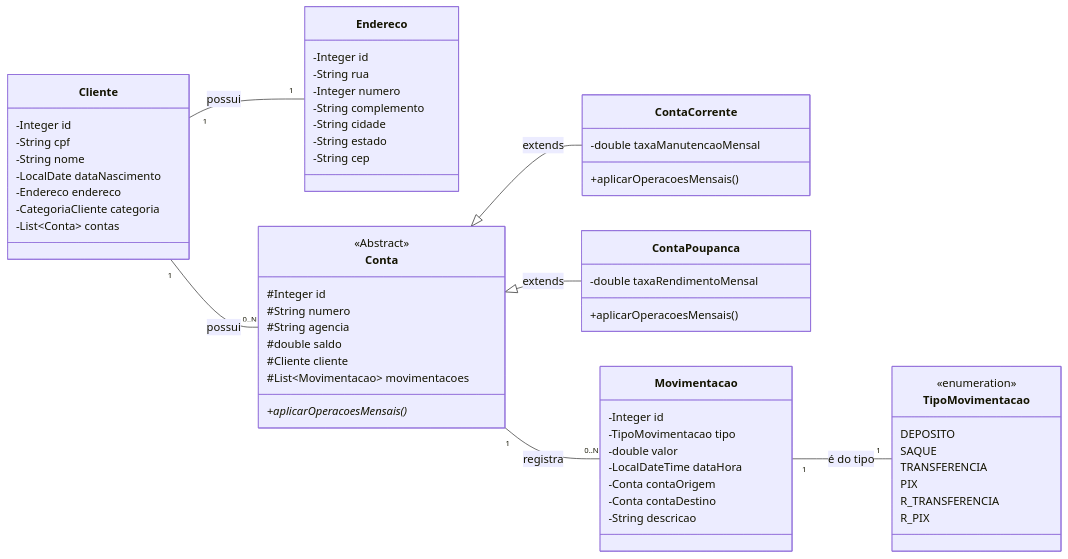
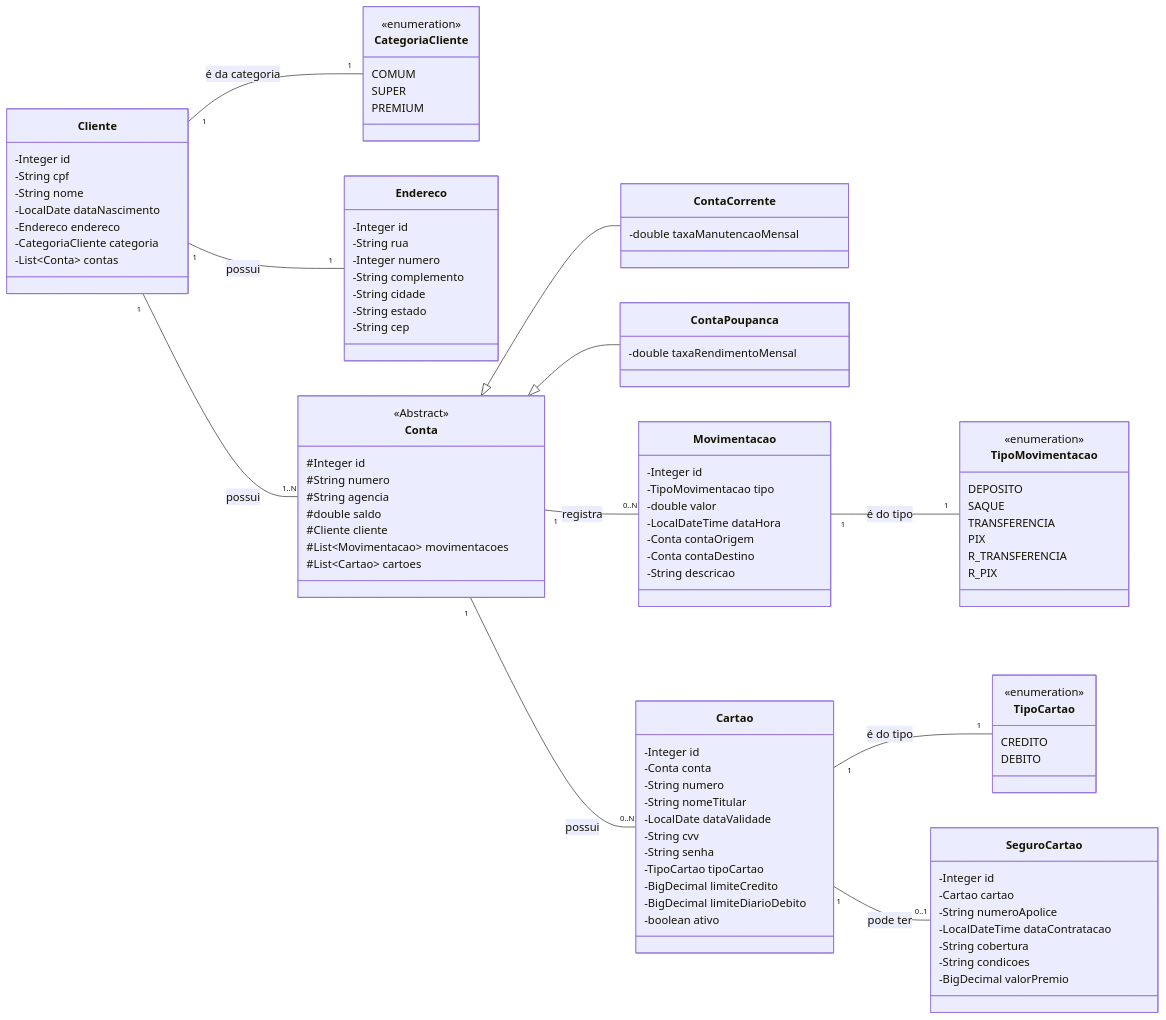
The first of 4 diagrams in README.md (agsilvamhm/bancodigital), drawn with Mermaid before and after one commit. The commit also changed 1 other file, not shown here.

Commit message:
Atualização da classe readme e schema

````diff
--- a/README.md
+++ b/README.md
@@ -31,6 +31,13 @@
     -Endereco endereco
     -CategoriaCliente categoria 
     -List~Conta~ contas 
+  }
+
+  class CategoriaCliente {
+      <<enumeration>>
+      COMUM
+      SUPER
+      PREMIUM
   }
   
   class Endereco {
@@ -51,17 +58,15 @@
     #double saldo
     #Cliente cliente
     #List~Movimentacao~ movimentacoes
-    +aplicarOperacoesMensais()*
+    #List~Cartao~ cartoes
   }
 
   class ContaCorrente {
     -double taxaManutencaoMensal
-    +aplicarOperacoesMensais()
   }
 
   class ContaPoupanca {
     -double taxaRendimentoMensal
-    +aplicarOperacoesMensais()
   }
 
   class Movimentacao {
@@ -84,11 +89,44 @@
       R_PIX
   }
 
+  class Cartao {
+    -Integer id
+    -Conta conta
+    -String numero
+    -String nomeTitular
+    -LocalDate dataValidade
+    -String cvv
+    -String senha
+    -TipoCartao tipoCartao
+    -BigDecimal limiteCredito
+    -BigDecimal limiteDiarioDebito
+    -boolean ativo
+  }
+
+  class TipoCartao {
+    <<enumeration>>
+    CREDITO
+    DEBITO
+  }
+
+  class SeguroCartao {
+    -Integer id
+    -Cartao cartao
+    -String numeroApolice
+    -LocalDateTime dataContratacao
+    -String cobertura
+    -String condicoes
+    -BigDecimal valorPremio
+  }
+
   Cliente "1" -- "1" Endereco : possui
-  Cliente "1" -- "0..N" Conta : possui
-  Conta <|-- ContaCorrente : extends
-  Conta <|-- ContaPoupanca : extends
+  Cliente "1" -- "1" CategoriaCliente : é da categoria
+  Cliente "1" -- "1..N" Conta : possui
+  Conta <|-- ContaCorrente
+  Conta <|-- ContaPoupanca
   Conta "1" -- "0..N" Movimentacao : registra
+  Conta "1" -- "0..N" Cartao : possui
   Movimentacao "1" -- "1" TipoMovimentacao : é do tipo
-  
+  Cartao "1" -- "1" TipoCartao : é do tipo
+  Cartao "1" -- "0..1" SeguroCartao : pode ter  
 ```
````
